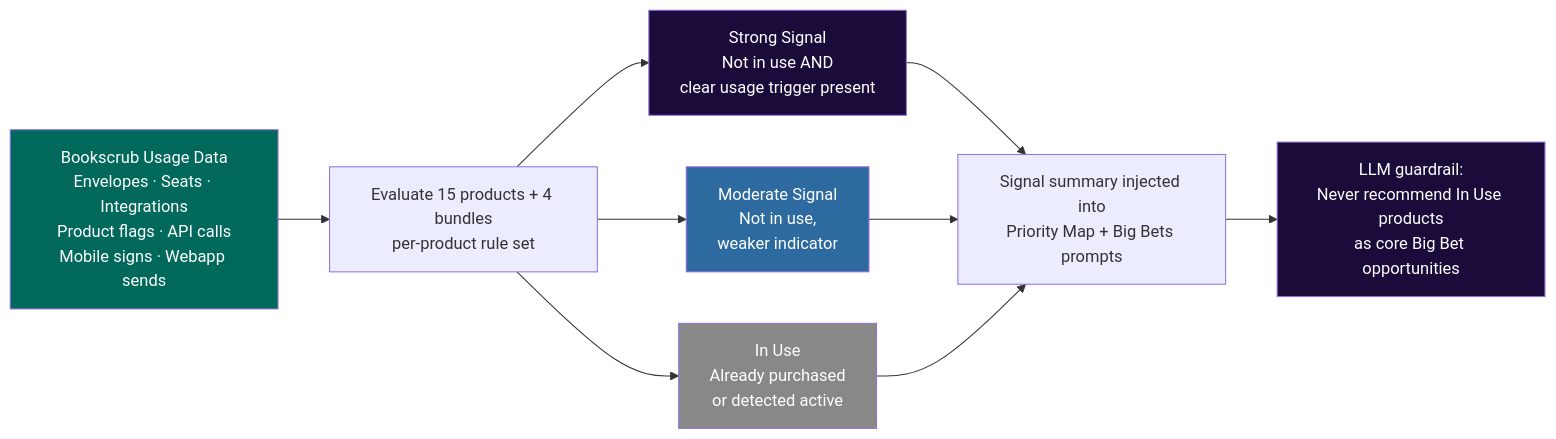
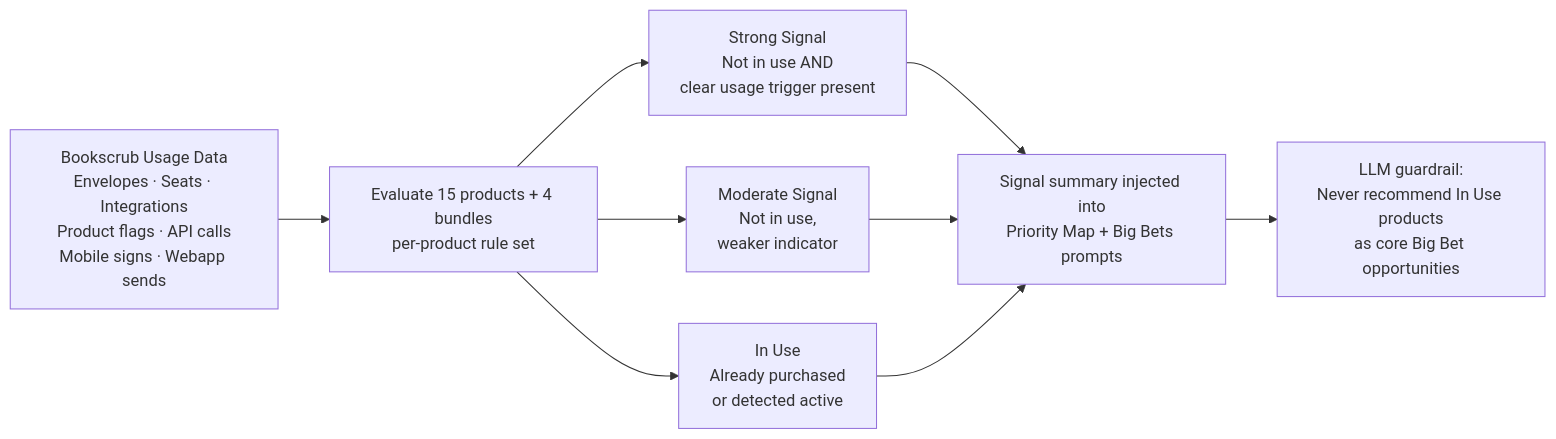
The fifth of 6 diagrams in README.md (prsolans/growth-strategy-2026), drawn with Mermaid before and after one commit. The commit also changed other lines of this file, not shown here.

First line of the commit message:
Remove Mermaid color styles, fix HTML tags rendering as literal text

````diff
--- a/README.md
+++ b/README.md
@@ -179,20 +145,14 @@
 ```mermaid
 flowchart LR
     RAW["Bookscrub Usage Data<br/>Envelopes · Seats · Integrations<br/>Product flags · API calls<br/>Mobile signs · Webapp sends"]
 
     RAW --> EVAL["Evaluate 15 products + 4 bundles<br/>per-product rule set"]
 
     EVAL --> STRONG["Strong Signal<br/>Not in use AND<br/>clear usage trigger present"]
     EVAL --> MOD["Moderate Signal<br/>Not in use,<br/>weaker indicator"]
     EVAL --> USE["In Use<br/>Already purchased<br/>or detected active"]
 
     STRONG & MOD & USE --> SUMMARY["Signal summary injected into<br/>Priority Map + Big Bets prompts"]
 
     SUMMARY --> GUARDRAIL["LLM guardrail:<br/>Never recommend In Use products<br/>as core Big Bet opportunities"]
-
-    style RAW fill:#00695C,color:#ffffff
-    style STRONG fill:#1B0B3B,color:#ffffff
-    style MOD fill:#2d6a9f,color:#ffffff
-    style USE fill:#888888,color:#ffffff
-    style GUARDRAIL fill:#1B0B3B,color:#ffffff
 ```
````
